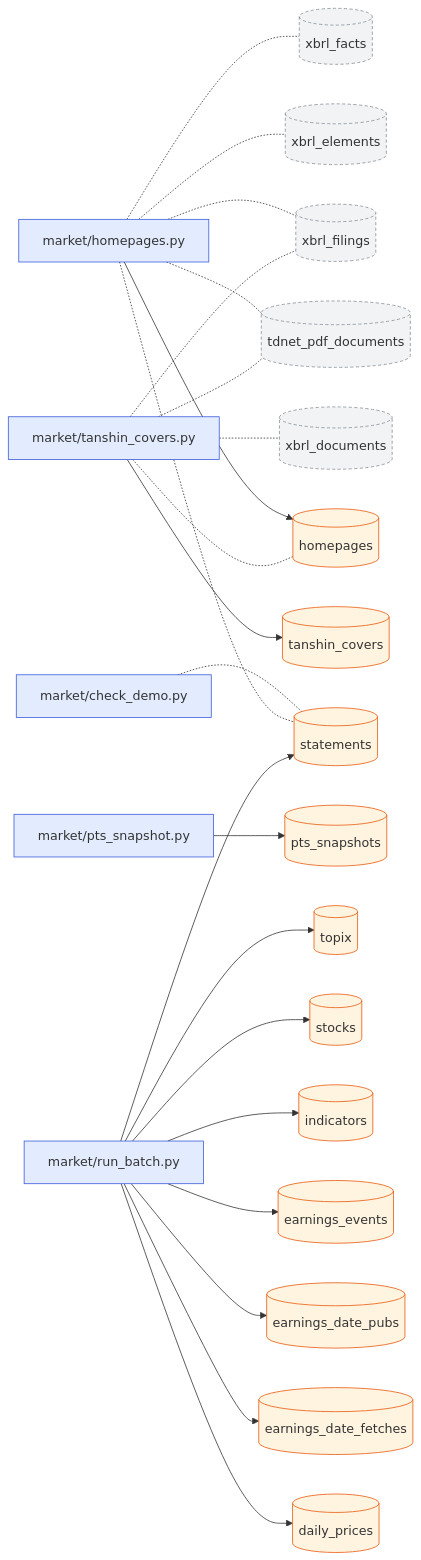
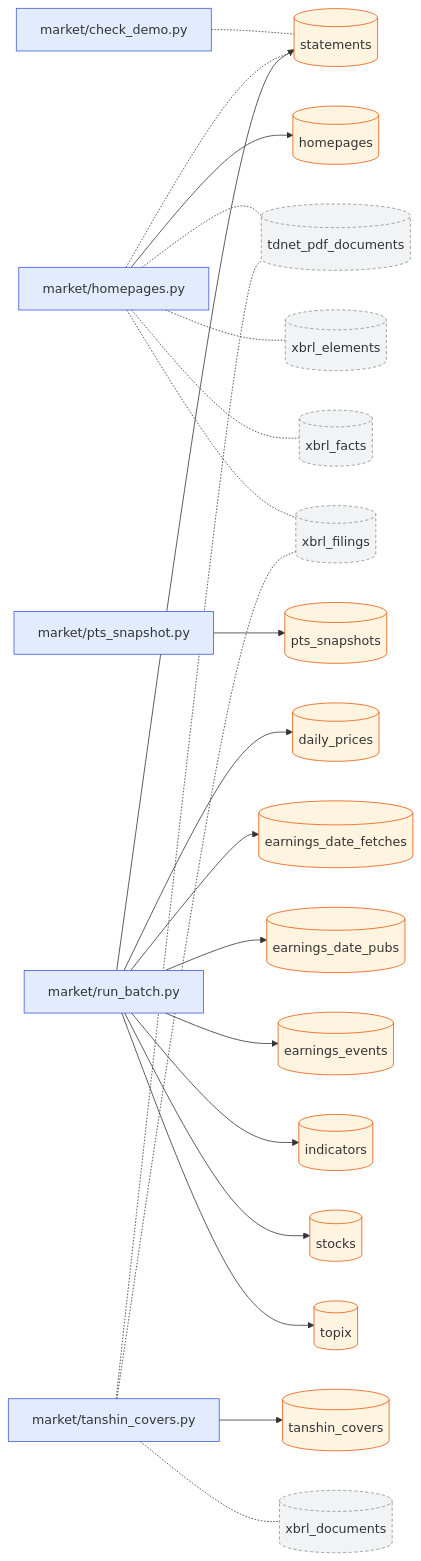
The first of 2 diagrams in docs/dataflow/market.md (pekumirui/stock-analyzer), drawn with Mermaid before and after one commit. The commit also changed other lines of this file and 8 other files, not shown here.

````diff
--- a/docs/dataflow/market.md
+++ b/docs/dataflow/market.md
@@ -9,49 +9,48 @@
 ```mermaid
 flowchart LR
   n0["market/check_demo.py"]:::job
   n1["market/homepages.py"]:::job
   n2["market/pts_snapshot.py"]:::job
   n3["market/run_batch.py"]:::job
   n4["market/tanshin_covers.py"]:::job
   n5[("daily_prices")]:::tbl
   n6[("earnings_date_fetches")]:::tbl
   n7[("earnings_date_pubs")]:::tbl
   n8[("earnings_events")]:::tbl
   n9[("homepages")]:::tbl
   n10[("indicators")]:::tbl
   n11[("pts_snapshots")]:::tbl
   n12[("statements")]:::tbl
   n13[("stocks")]:::tbl
   n14[("tanshin_covers")]:::tbl
   n15[("tdnet_pdf_documents")]:::ext
   n16[("topix")]:::tbl
   n17[("xbrl_documents")]:::ext
   n18[("xbrl_elements")]:::ext
   n19[("xbrl_facts")]:::ext
   n20[("xbrl_filings")]:::ext
   n0 -.- n12
   n1 --> n9
   n1 -.- n12
   n1 -.- n15
   n1 -.- n18
   n1 -.- n19
   n1 -.- n20
   n2 --> n11
   n3 --> n5
   n3 --> n6
   n3 --> n7
   n3 --> n8
   n3 --> n10
   n3 --> n12
   n3 --> n13
   n3 --> n16
-  n4 -.- n9
   n4 --> n14
   n4 -.- n15
   n4 -.- n17
   n4 -.- n20
   classDef job fill:#e3ecff,stroke:#3b5bdb
   classDef api fill:#e6f7ec,stroke:#2b8a3e
   classDef tbl fill:#fff4e0,stroke:#e8590c
   classDef ext fill:#f1f3f5,stroke:#868e96,stroke-dasharray:4 3
 ```
````
